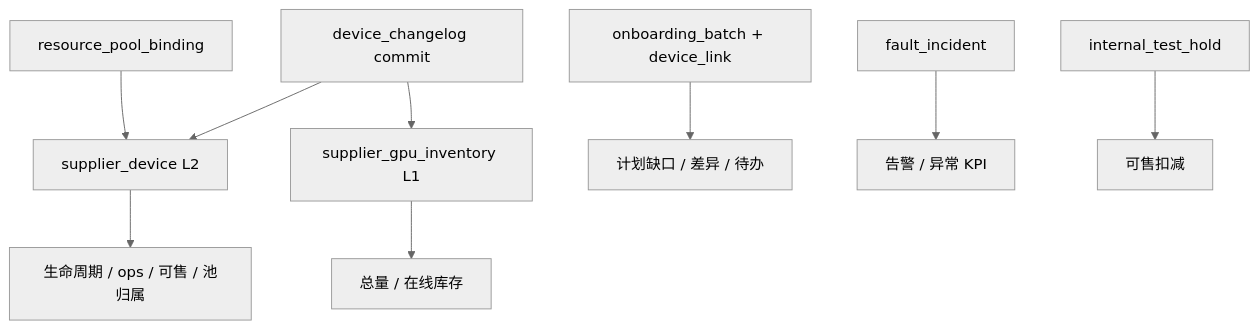
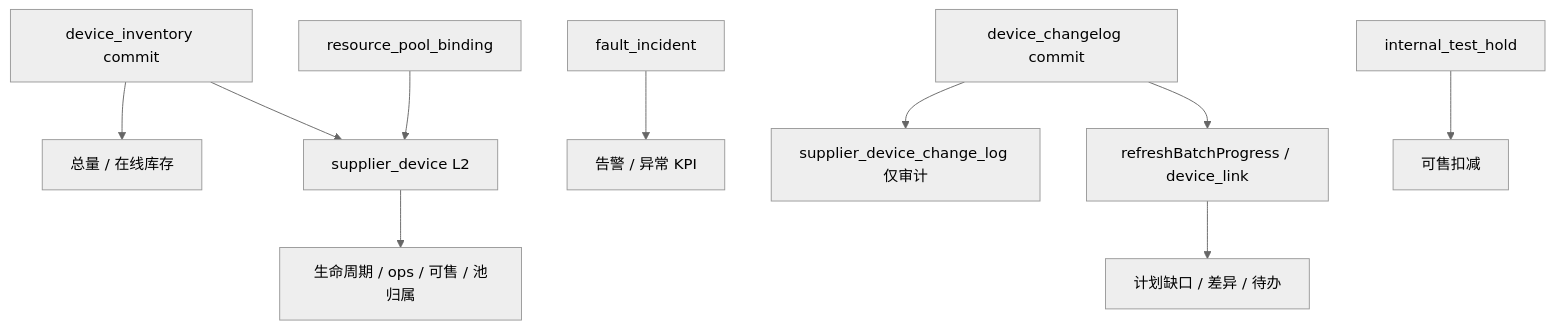
One commit to metacode0602/opencomfy-hub changed the diagram in apps/web/content/design/global-dashboard-implementation-plan.md. Above: the diagram before and after it, drawn with Mermaid (neutral theme). The commit also changed other lines of this file and 13 other files, not shown here.

````diff
--- a/apps/web/content/design/global-dashboard-implementation-plan.md
+++ b/apps/web/content/design/global-dashboard-implementation-plan.md
@@ -53,11 +55,12 @@
 ```mermaid
 flowchart TB
   INV[supplier_gpu_inventory L1] --> KPI[总量 / 在线库存]
   DEV[supplier_device L2] --> KPI2[生命周期 / ops / 可售 / 池归属]
   POOL[resource_pool_binding] --> DEV
   BATCH[onboarding_batch + device_link] --> GAP[计划缺口 / 差异 / 待办]
   FAULT[fault_incident] --> ALERT[告警 / 异常 KPI]
   HOLD[internal_test_hold] --> SELL[可售扣减]
-  CHG[device_changelog commit] --> DEV
-  CHG --> INV
+  CHG[device_changelog commit] --> LOG[supplier_device_change_log 仅审计]
+  CHG --> BATCH[refreshBatchProgress / device_link]
+  INV[device_inventory commit] --> DEV
 ```
````
